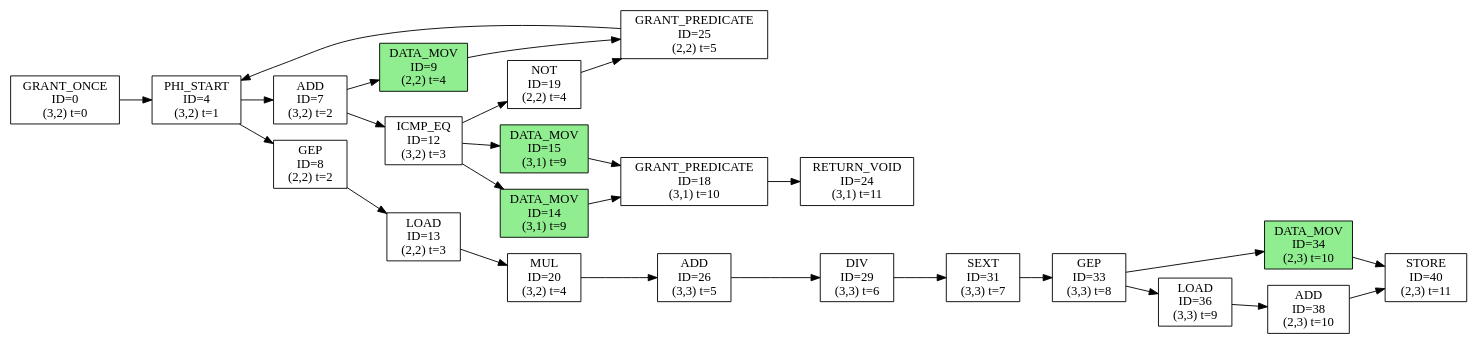
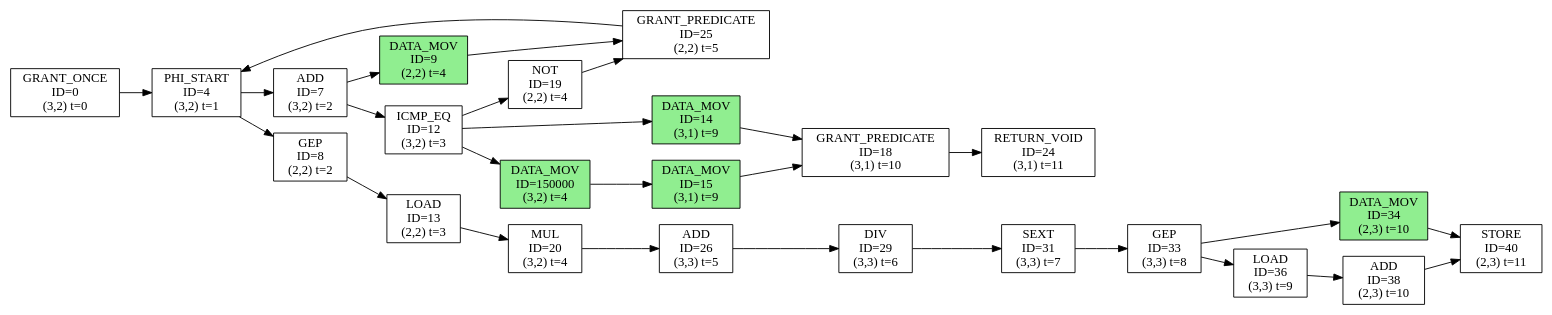
One commit to sarchlab/Zeonica_Testbench changed the diagram in kernel/histogram/histogram-dfg.dot. Above: the diagram before and after it, drawn with Graphviz. The commit also changed 3 other files, not shown here.

```diff
--- a/kernel/histogram/histogram-dfg.dot
+++ b/kernel/histogram/histogram-dfg.dot
@@ -1,51 +1,53 @@
 digraph DFG {
   rankdir=LR;
   node [shape=box, style=filled];
   n0 [label="GRANT_ONCE\nID=0\n(3,2) t=0", fillcolor=white];
   n4 [label="PHI_START\nID=4\n(3,2) t=1", fillcolor=white];
   n7 [label="ADD\nID=7\n(3,2) t=2", fillcolor=white];
   n8 [label="GEP\nID=8\n(2,2) t=2", fillcolor=white];
   n9 [label="DATA_MOV\nID=9\n(2,2) t=4", fillcolor=lightgreen];
   n12 [label="ICMP_EQ\nID=12\n(3,2) t=3", fillcolor=white];
   n13 [label="LOAD\nID=13\n(2,2) t=3", fillcolor=white];
   n14 [label="DATA_MOV\nID=14\n(3,1) t=9", fillcolor=lightgreen];
   n15 [label="DATA_MOV\nID=15\n(3,1) t=9", fillcolor=lightgreen];
   n18 [label="GRANT_PREDICATE\nID=18\n(3,1) t=10", fillcolor=white];
   n19 [label="NOT\nID=19\n(2,2) t=4", fillcolor=white];
   n20 [label="MUL\nID=20\n(3,2) t=4", fillcolor=white];
   n24 [label="RETURN_VOID\nID=24\n(3,1) t=11", fillcolor=white];
   n25 [label="GRANT_PREDICATE\nID=25\n(2,2) t=5", fillcolor=white];
   n26 [label="ADD\nID=26\n(3,3) t=5", fillcolor=white];
   n29 [label="DIV\nID=29\n(3,3) t=6", fillcolor=white];
   n31 [label="SEXT\nID=31\n(3,3) t=7", fillcolor=white];
   n33 [label="GEP\nID=33\n(3,3) t=8", fillcolor=white];
   n34 [label="DATA_MOV\nID=34\n(2,3) t=10", fillcolor=lightgreen];
   n36 [label="LOAD\nID=36\n(3,3) t=9", fillcolor=white];
   n38 [label="ADD\nID=38\n(2,3) t=10", fillcolor=white];
   n40 [label="STORE\nID=40\n(2,3) t=11", fillcolor=white];
+  n150000 [label="DATA_MOV\nID=150000\n(3,2) t=4", fillcolor=lightgreen];
   n33 -> n34;
   n34 -> n40;
   n7 -> n9;
   n9 -> n25;
   n12 -> n14;
-  n12 -> n15;
   n14 -> n18;
+  n12 -> n150000;
+  n150000 -> n15;
   n15 -> n18;
   n36 -> n38;
   n31 -> n33;
   n0 -> n4;
   n12 -> n19;
   n4 -> n7;
   n33 -> n36;
   n4 -> n8;
   n38 -> n40;
   n7 -> n12;
   n20 -> n26;
   n8 -> n13;
   n13 -> n20;
   n29 -> n31;
   n18 -> n24;
   n19 -> n25;
   n25 -> n4;
   n26 -> n29;
 }
```
